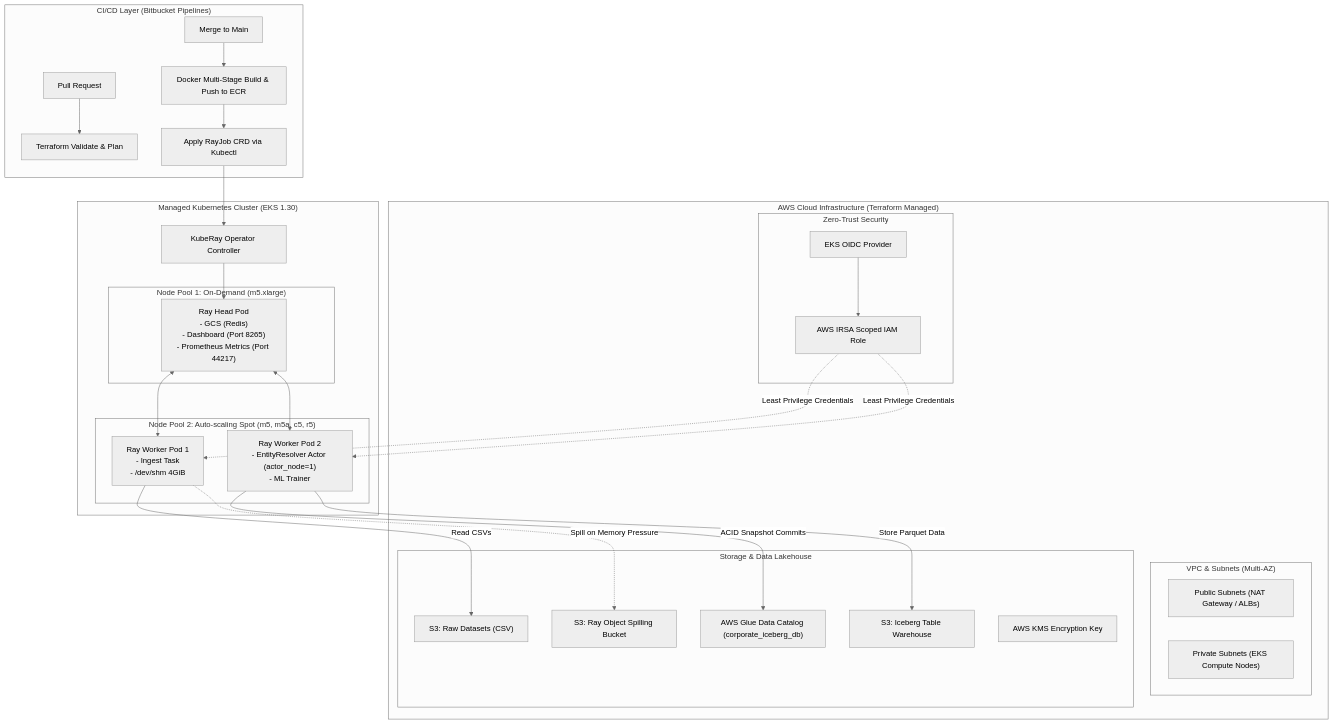
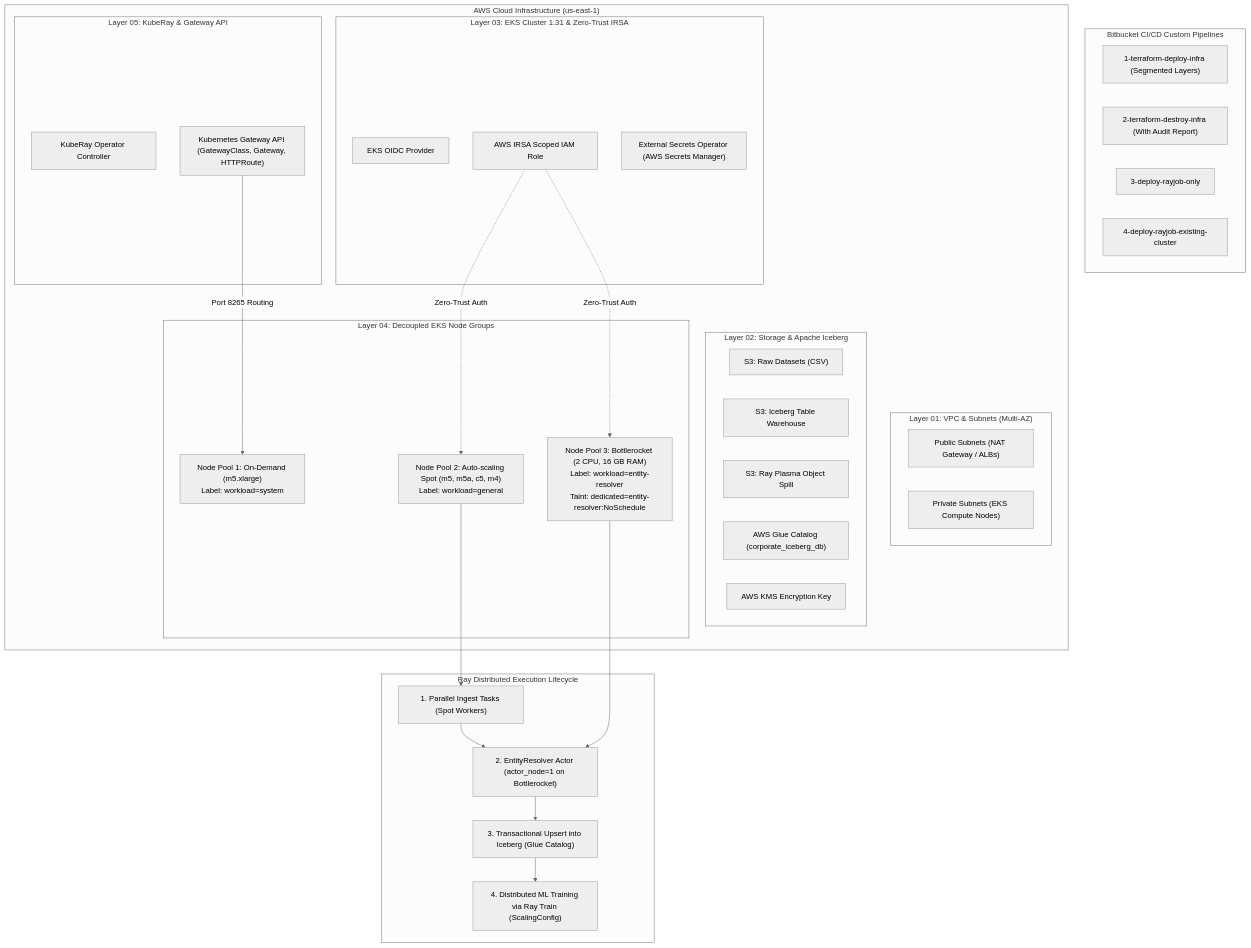
The diagram in README.md (jawlevijay3/kuberay-iceberg-ml-platforms), drawn with Mermaid (neutral theme) before and after one commit. The commit also changed other lines of this file and 20 other files, not shown here.

Commit message:
feat: Decoupled Terraform layers, Bottlerocket 2CPU/16GB node group, Gateway API, Ray Train ScalingConfig, and Bitbucket teardown/deploy custom pipelines

````diff
--- a/README.md
+++ b/README.md
@@ -53,54 +54,56 @@
 ```mermaid
 flowchart TB
-    subgraph VCS_CICD["CI/CD Layer (Bitbucket Pipelines)"]
-        PR["Pull Request"] --> TF_PLAN["Terraform Validate & Plan"]
-        MERGE["Merge to Main"] --> DOCKER_BUILD["Docker Multi-Stage Build & Push to ECR"]
-        DOCKER_BUILD --> K8S_APPLY["Apply RayJob CRD via Kubectl"]
+    subgraph VCS_CICD["Bitbucket CI/CD Custom Pipelines"]
+        CUSTOM_DEPLOY["1-terraform-deploy-infra (Segmented Layers)"]
+        CUSTOM_DESTROY["2-terraform-destroy-infra (With Audit Report)"]
+        CUSTOM_JOB["3-deploy-rayjob-only"]
+        CUSTOM_EXISTING["4-deploy-rayjob-existing-cluster"]
     end
 
-    subgraph AWS_INFRA["AWS Cloud Infrastructure (Terraform Managed)"]
-        subgraph NETWORKING["VPC & Subnets (Multi-AZ)"]
+    subgraph AWS_INFRA["AWS Cloud Infrastructure (us-east-1)"]
+        subgraph NETWORKING["Layer 01: VPC & Subnets (Multi-AZ)"]
             PUB_SUB["Public Subnets (NAT Gateway / ALBs)"]
             PRIV_SUB["Private Subnets (EKS Compute Nodes)"]
         end
 
-        subgraph STORAGE_ICEBERG["Storage & Data Lakehouse"]
+        subgraph STORAGE_ICEBERG["Layer 02: Storage & Apache Iceberg"]
             S3_RAW["S3: Raw Datasets (CSV)"]
             S3_ICEBERG["S3: Iceberg Table Warehouse"]
-            S3_SPILL["S3: Ray Object Spilling Bucket"]
-            GLUE_CAT["AWS Glue Data Catalog (corporate_iceberg_db)"]
+            S3_SPILL["S3: Ray Plasma Object Spill"]
+            GLUE_CAT["AWS Glue Catalog (corporate_iceberg_db)"]
             KMS["AWS KMS Encryption Key"]
         end
 
-        subgraph IAM_SECURITY["Zero-Trust Security"]
+        subgraph IAM_SECURITY["Layer 03: EKS Cluster 1.31 & Zero-Trust IRSA"]
             OIDC["EKS OIDC Provider"]
             IRSA["AWS IRSA Scoped IAM Role"]
-            OIDC --> IRSA
+            ESO["External Secrets Operator (AWS Secrets Manager)"]
+        end
+
+        subgraph COMPUTE_POOLS["Layer 04: Decoupled EKS Node Groups"]
+            POOL_HEAD["Node Pool 1: On-Demand (m5.xlarge)\nLabel: workload=system"]
+            POOL_SPOT["Node Pool 2: Auto-scaling Spot (m5, m5a, c5, m4)\nLabel: workload=general"]
+            POOL_BOTTLEROCKET["Node Pool 3: Bottlerocket (2 CPU, 16 GB RAM)\nLabel: workload=entity-resolver\nTaint: dedicated=entity-resolver:NoSchedule"]
+        end
+
+        subgraph GATEWAY_CTRL["Layer 05: KubeRay & Gateway API"]
+            KUBERAY["KubeRay Operator Controller"]
+            GW_API["Kubernetes Gateway API (GatewayClass, Gateway, HTTPRoute)"]
         end
     end
 
-    subgraph EKS_CLUSTER["Managed Kubernetes Cluster (EKS 1.30)"]
-        KUBERAY["KubeRay Operator Controller"]
+    subgraph EXECUTION_FLOW["Ray Distributed Execution Lifecycle"]
+        INGEST["1. Parallel Ingest Tasks (Spot Workers)"]
+        RESOLVE["2. EntityResolver Actor (actor_node=1 on Bottlerocket)"]
+        ICEBERG["3. Transactional Upsert into Iceberg (Glue Catalog)"]
+        TRAIN["4. Distributed ML Training via Ray Train (ScalingConfig)"]
 
-        subgraph POOL_ONDEMAND["Node Pool 1: On-Demand (m5.xlarge)"]
-            HEAD_POD["Ray Head Pod\n- GCS (Redis)\n- Dashboard (Port 8265)\n- Prometheus Metrics (Port 44217)"]
-        end
-
-        subgraph POOL_SPOT["Node Pool 2: Auto-scaling Spot (m5, m5a, c5, r5)"]
-            WORKER_1["Ray Worker Pod 1\n- Ingest Task\n- /dev/shm 4GiB"]
-            WORKER_2["Ray Worker Pod 2\n- EntityResolver Actor (actor_node=1)\n- ML Trainer"]
-        end
-
-        HEAD_POD <--> WORKER_1
-        HEAD_POD <--> WORKER_2
-        KUBERAY --> HEAD_POD
+        INGEST --> RESOLVE --> ICEBERG --> TRAIN
     end
 
-    IRSA -.->|Least Privilege Credentials| WORKER_1
-    IRSA -.->|Least Privilege Credentials| WORKER_2
-    WORKER_1 -->|Read CSVs| S3_RAW
-    WORKER_2 -->|ACID Snapshot Commits| GLUE_CAT
-    WORKER_2 -->|Store Parquet Data| S3_ICEBERG
-    WORKER_1 -.->|Spill on Memory Pressure| S3_SPILL
-    K8S_APPLY --> KUBERAY
+    GW_API -->|Port 8265 Routing| POOL_HEAD
+    IRSA -.->|Zero-Trust Auth| POOL_SPOT
+    IRSA -.->|Zero-Trust Auth| POOL_BOTTLEROCKET
+    POOL_SPOT --> INGEST
+    POOL_BOTTLEROCKET --> RESOLVE
 ```
````
